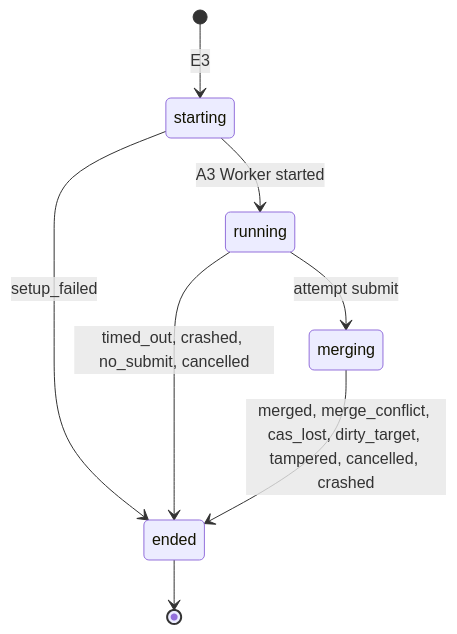
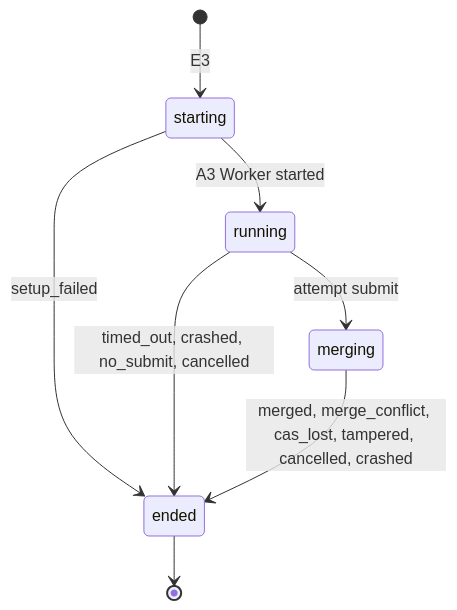
One commit to clayton-duarte/cpd changed the fourth of 5 diagrams in docs/contract.md. Above: the diagram before and after it, drawn with Mermaid. The commit also changed other lines of this file, not shown here.

````diff
--- a/docs/contract.md
+++ b/docs/contract.md
@@ -565,10 +568,10 @@
 ```mermaid
 stateDiagram-v2
   [*] --> starting: E3
   starting --> running: A3 Worker started
   starting --> ended: setup_failed
   running --> merging: attempt submit
   running --> ended: timed_out, crashed, no_submit, cancelled
-  merging --> ended: merged, merge_conflict, cas_lost, dirty_target, tampered, cancelled, crashed
+  merging --> ended: merged, merge_conflict, cas_lost, tampered, cancelled, crashed
   ended --> [*]
 ```
````
